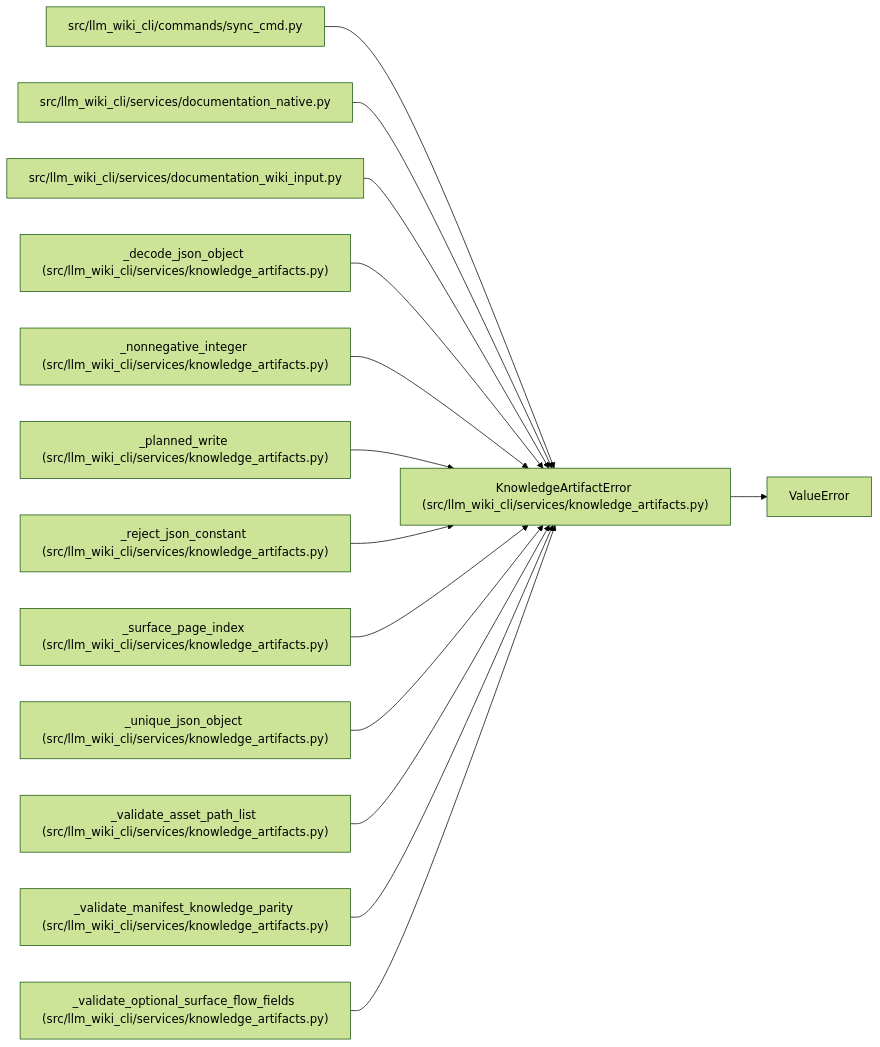
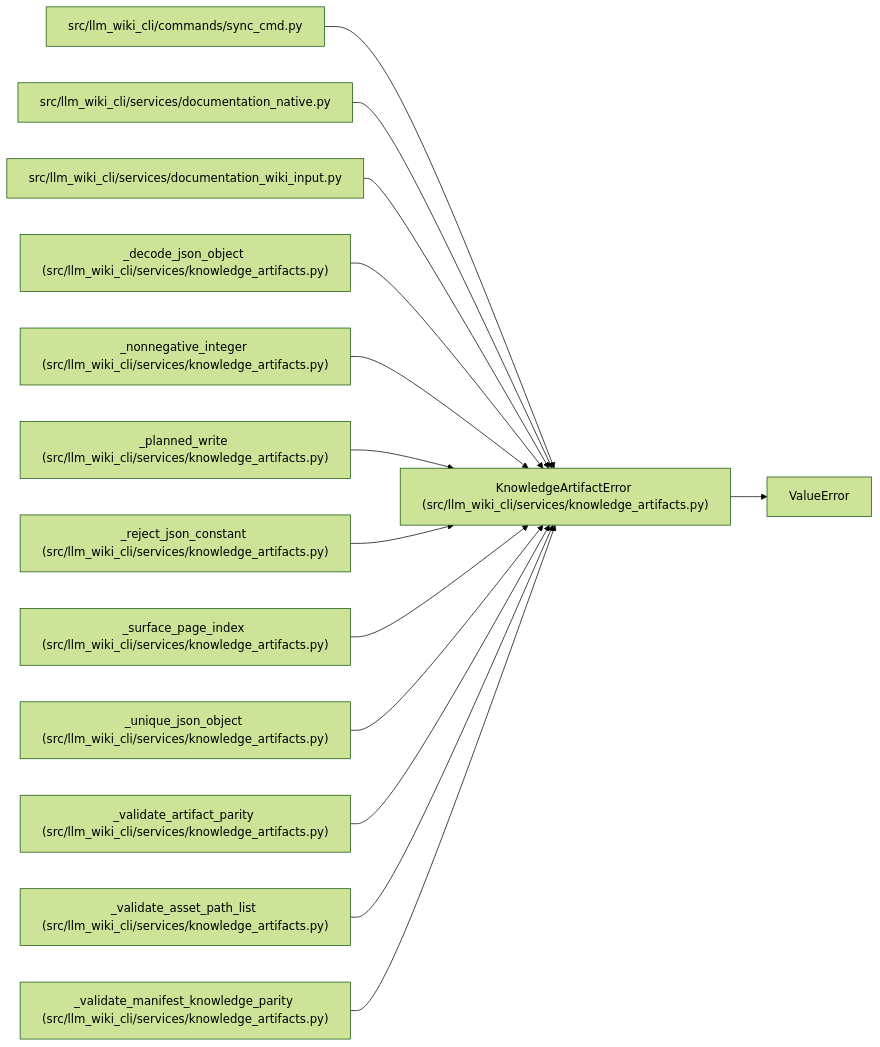
One commit to Denissvgn/python-wiki-llm changed the diagram in docs/llm_wiki/entities/KnowledgeArtifactError.md. Above: the diagram before and after it, drawn with Mermaid (forest theme). The commit also changed other lines of this file and 627 other files, not shown here.

````diff
--- a/docs/llm_wiki/entities/KnowledgeArtifactError.md
+++ b/docs/llm_wiki/entities/KnowledgeArtifactError.md
@@ -25,43 +25,43 @@
 ```mermaid
 flowchart LR
     n0["KnowledgeArtifactError (src/llm_wiki_cli/services/knowledge_artifacts.py)"]
     n1["ValueError"]
     n2["src/llm_wiki_cli/commands/sync_cmd.py"]
     n3["src/llm_wiki_cli/services/documentation_native.py"]
     n4["src/llm_wiki_cli/services/documentation_wiki_input.py"]
     n5["_decode_json_object (src/llm_wiki_cli/services/knowledge_artifacts.py)"]
     n6["_nonnegative_integer (src/llm_wiki_cli/services/knowledge_artifacts.py)"]
     n7["_planned_write (src/llm_wiki_cli/services/knowledge_artifacts.py)"]
     n8["_reject_json_constant (src/llm_wiki_cli/services/knowledge_artifacts.py)"]
     n9["_surface_page_index (src/llm_wiki_cli/services/knowledge_artifacts.py)"]
     n10["_unique_json_object (src/llm_wiki_cli/services/knowledge_artifacts.py)"]
-    n11["_validate_asset_path_list (src/llm_wiki_cli/services/knowledge_artifacts.py)"]
-    n12["_validate_manifest_knowledge_parity (src/llm_wiki_cli/services/knowledge_artifacts.py)"]
-    n13["_validate_optional_surface_flow_fields (src/llm_wiki_cli/services/knowledge_artifacts.py)"]
+    n11["_validate_artifact_parity (src/llm_wiki_cli/services/knowledge_artifacts.py)"]
+    n12["_validate_asset_path_list (src/llm_wiki_cli/services/knowledge_artifacts.py)"]
+    n13["_validate_manifest_knowledge_parity (src/llm_wiki_cli/services/knowledge_artifacts.py)"]
     n0 --> n1
     n2 --> n0
     n3 --> n0
     n4 --> n0
     n5 --> n0
     n6 --> n0
     n7 --> n0
     n8 --> n0
     n9 --> n0
     n10 --> n0
     n11 --> n0
     n12 --> n0
     n13 --> n0
     click n0 "../modules/knowledge_artifacts.md"
     click n2 "../modules/sync_cmd.md"
     click n3 "../modules/documentation_native.md"
     click n4 "../modules/documentation_wiki_input.md"
     click n5 "../modules/knowledge_artifacts.md"
     click n6 "../modules/knowledge_artifacts.md"
     click n7 "../modules/knowledge_artifacts.md"
     click n8 "../modules/knowledge_artifacts.md"
     click n9 "../modules/knowledge_artifacts.md"
     click n10 "../modules/knowledge_artifacts.md"
     click n11 "../modules/knowledge_artifacts.md"
     click n12 "../modules/knowledge_artifacts.md"
     click n13 "../modules/knowledge_artifacts.md"
 ```
````
